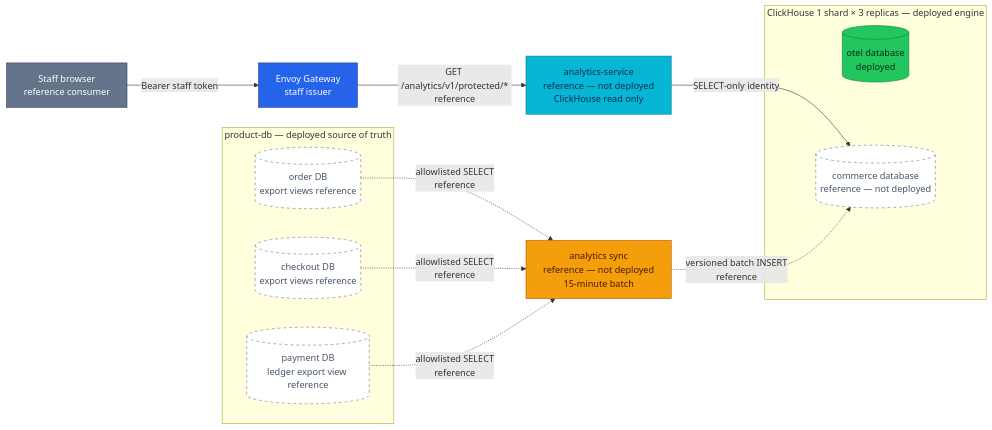
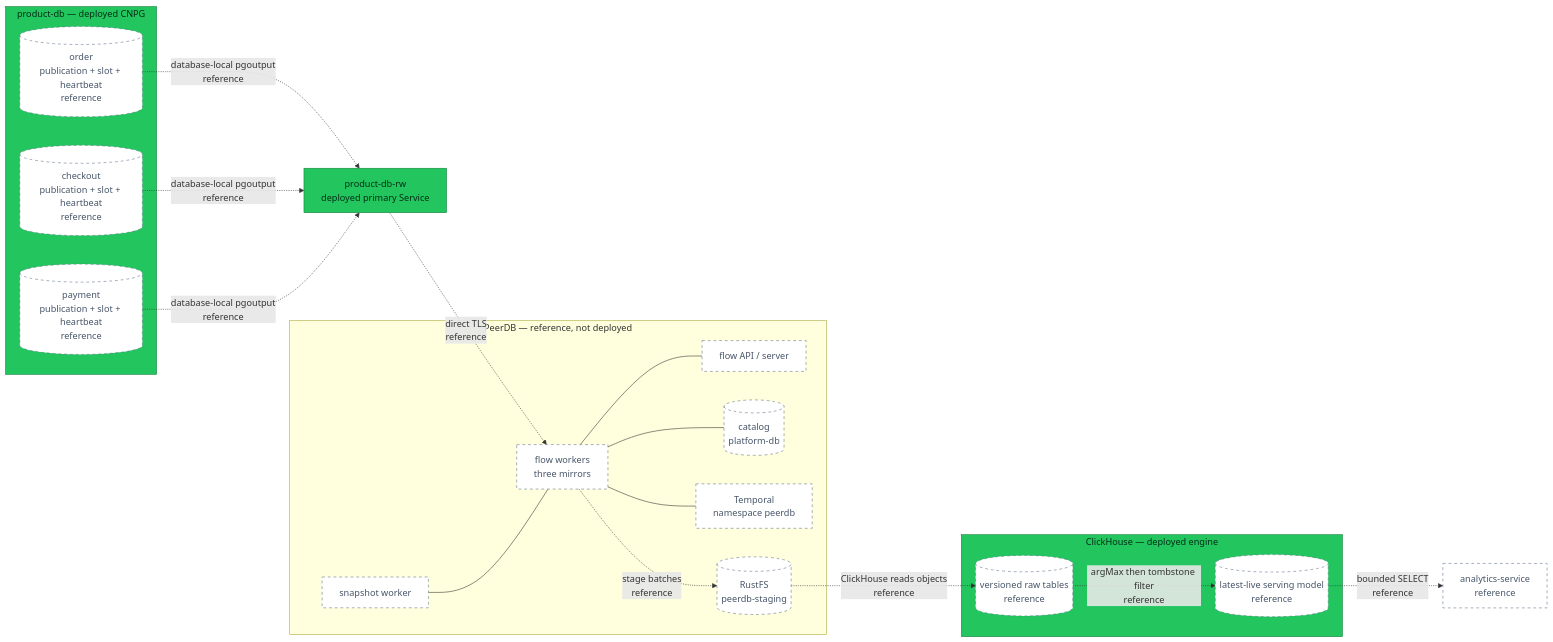
Before and after one commit to duyne-me/monitoring: the first of 2 diagrams in docs/proposals/rfc/RFC-0030/research.md, drawn with Mermaid. The commit also changed other lines of this file and 3 other files, not shown here.

````diff
--- a/docs/proposals/rfc/RFC-0030/research.md
+++ b/docs/proposals/rfc/RFC-0030/research.md
@@ -155,39 +121,40 @@
 ```mermaid
 flowchart LR
-  STAFF["Staff browser<br/>reference consumer"]
-  EDGE["Envoy Gateway<br/>staff issuer"]
-  API["analytics-service<br/>reference — not deployed<br/>ClickHouse read only"]
-
-  subgraph PG["product-db — deployed source of truth"]
-    ORD[("order DB<br/>export views reference")]
-    CHK[("checkout DB<br/>export views reference")]
-    PAY[("payment DB<br/>ledger export view reference")]
+  subgraph PG["product-db — deployed CNPG"]
+    ORD[("order<br/>publication + slot + heartbeat<br/>reference")]
+    CHECK[("checkout<br/>publication + slot + heartbeat<br/>reference")]
+    PAY[("payment<br/>publication + slot + heartbeat<br/>reference")]
   end
 
-  SYNC["analytics sync<br/>reference — not deployed<br/>15-minute batch"]
+  RW["product-db-rw<br/>deployed primary Service"]
 
-  subgraph CH["ClickHouse 1 shard × 3 replicas — deployed engine"]
-    OTEL[("otel database<br/>deployed")]
-    COM[("commerce database<br/>reference — not deployed")]
+  subgraph PDB["PeerDB — reference, not deployed"]
+    FLOW["flow workers<br/>three mirrors"]
+    SNAP["snapshot worker"]
+    CTRL["flow API / server"]
+    CAT[("catalog<br/>platform-db")]
+    TEMP["Temporal<br/>namespace peerdb"]
+    STAGE[("RustFS<br/>peerdb-staging")]
   end
 
-  STAFF -->|"Bearer staff token"| EDGE
-  EDGE -->|"GET /analytics/v1/protected/*<br/>reference"| API
-  API -->|"SELECT-only identity"| COM
-  ORD & CHK & PAY -.->|"allowlisted SELECT<br/>reference"| SYNC
-  SYNC -.->|"versioned batch INSERT<br/>reference"| COM
+  subgraph CH["ClickHouse — deployed engine"]
+    RAW[("versioned raw tables<br/>reference")]
+    SERVE[("latest-live serving model<br/>reference")]
+  end
 
-  classDef edge fill:#2563eb,color:#fff,stroke:#1e3a8a;
-  classDef service fill:#06b6d4,color:#082f49,stroke:#0e7490;
-  classDef worker fill:#f59e0b,color:#451a03,stroke:#b45309;
-  classDef platform fill:#7c3aed,color:#fff,stroke:#5b21b6;
+  API["analytics-service<br/>reference"]
+
+  ORD & CHECK & PAY -.->|"database-local pgoutput<br/>reference"| RW
+  RW -.->|"direct TLS<br/>reference"| FLOW
+  SNAP --- FLOW
+  FLOW --- CTRL & CAT & TEMP
+  FLOW -.->|"stage batches<br/>reference"| STAGE
+  STAGE -.->|"ClickHouse reads objects<br/>reference"| RAW
+  RAW -.->|"argMax then tombstone filter<br/>reference"| SERVE
+  SERVE -.->|"bounded SELECT<br/>reference"| API
+
   classDef data fill:#22c55e,color:#052e16,stroke:#15803d;
-  classDef external fill:#64748b,color:#fff,stroke:#334155;
   classDef planned fill:#fff,color:#475569,stroke:#64748b,stroke-dasharray:5 5;
-  class STAFF external;
-  class EDGE edge;
-  class API service;
-  class SYNC worker;
-  class OTEL data;
-  class ORD,CHK,PAY,COM planned;
+  class RW,PG,CH data;
+  class ORD,CHECK,PAY,FLOW,SNAP,CTRL,CAT,TEMP,STAGE,RAW,SERVE,API planned;
 ```
````
